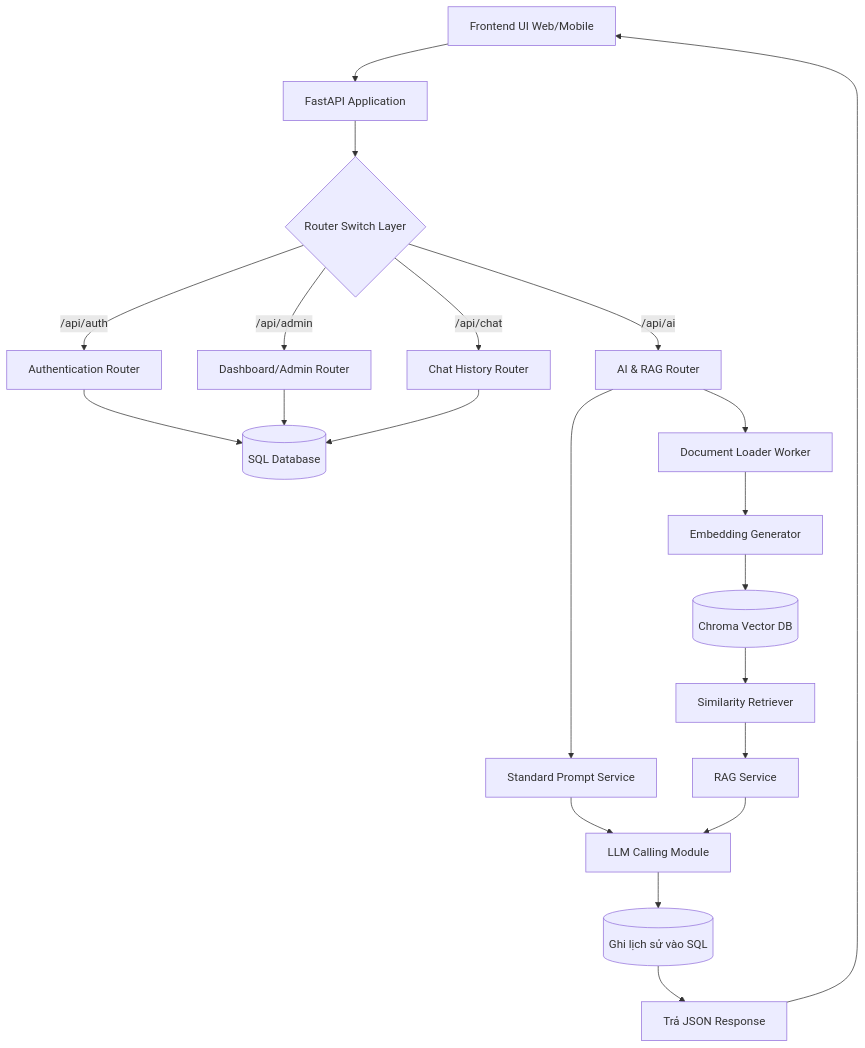
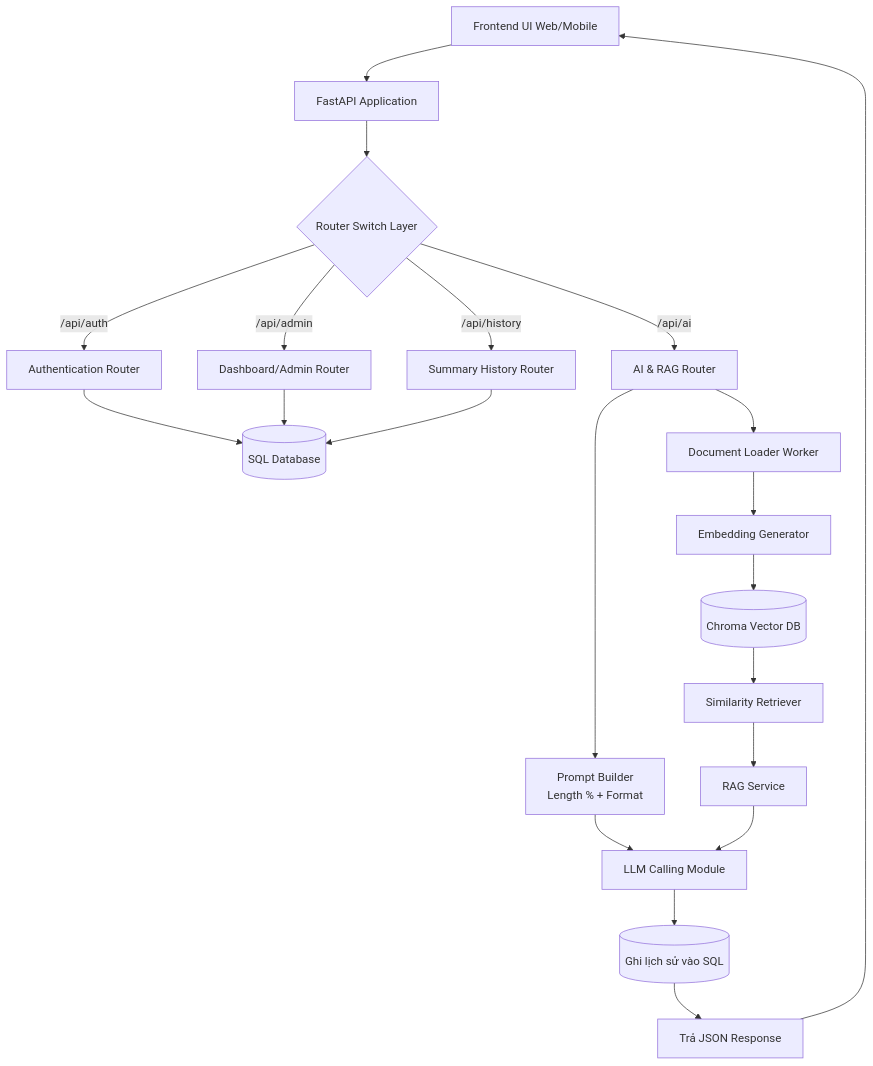
One commit to kienng221105/Summarize-Vietnamese-Text changed the sixth of 7 diagrams in README.md. Above: the diagram before and after it, drawn with Mermaid. The commit also changed other lines of this file and 42 other files, not shown here.

Commit message:
Update folder structure, remove chat feature, update architecture

````diff
--- a/README.md
+++ b/README.md
@@ -272,41 +184,45 @@
 ```mermaid
-
 flowchart TD
 
-  UI[Frontend UI Web/Mobile] --> API[FastAPI Application]
+  UI[Frontend UI Web/Mobile]
 
-  API --> M{Router Switch Layer}
+  UI --> API[FastAPI Application]
 
-  M -->|/api/auth| AuthC[Authentication Router]
+  API --> M{Router Switch Layer}
 
-  M -->|/api/admin| AdminC[Dashboard/Admin Router]
+  M -->|/api/auth| AuthC[Authentication Router]
 
-  M -->|/api/chat| ChatC[Chat History Router]
+  M -->|/api/admin| AdminC[Dashboard/Admin Router]
 
-  M -->|/api/ai| AIC[AI & RAG Router]
+  M -->|/api/history| ChatC[Summary History Router]
 
-  AuthC --> PG[(SQL Database)]
+  M -->|/api/ai| AIC[AI & RAG Router]
 
-  AdminC --> PG
+  AuthC --> PG[(SQL Database)]
 
-  ChatC --> PG
+  AdminC --> PG
 
-  AIC --> File[Document Loader Worker]
+  ChatC --> PG
 
-  File --> Embed[Embedding Generator] --> VDB[(Chroma Vector DB)]
+  AIC --> File[Document Loader Worker]
 
-  VDB --> Ret[Similarity Retriever] --> RAG[RAG Service]
+  File --> Embed[Embedding Generator]
 
-  AIC --> Prompt[Standard Prompt Service]
+  Embed --> VDB[(Chroma Vector DB)]
 
-  Prompt --> LLM[LLM Calling Module]
+  VDB --> Ret[Similarity Retriever]
 
-  RAG --> LLM
+  Ret --> RAG[RAG Service]
 
-  LLM --> SaveDB[(Ghi lịch sử vào SQL)]
+  AIC --> Prompt[Prompt Builder<br/>Length % + Format]
 
-  SaveDB --> Res[Trả JSON Response]
+  Prompt --> LLM[LLM Calling Module]
 
-  Res --> UI
+  RAG --> LLM
 
+  LLM --> SaveDB[(Ghi lịch sử vào SQL)]
+
+  SaveDB --> Res[Trả JSON Response]
+
+  Res --> UI
 ```
````
